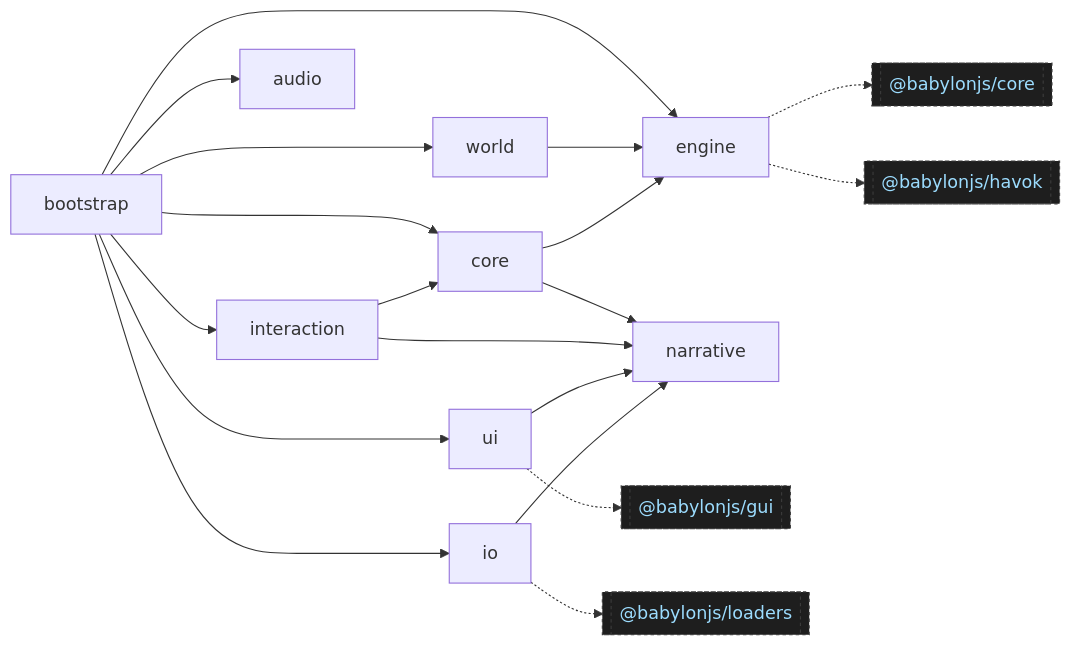
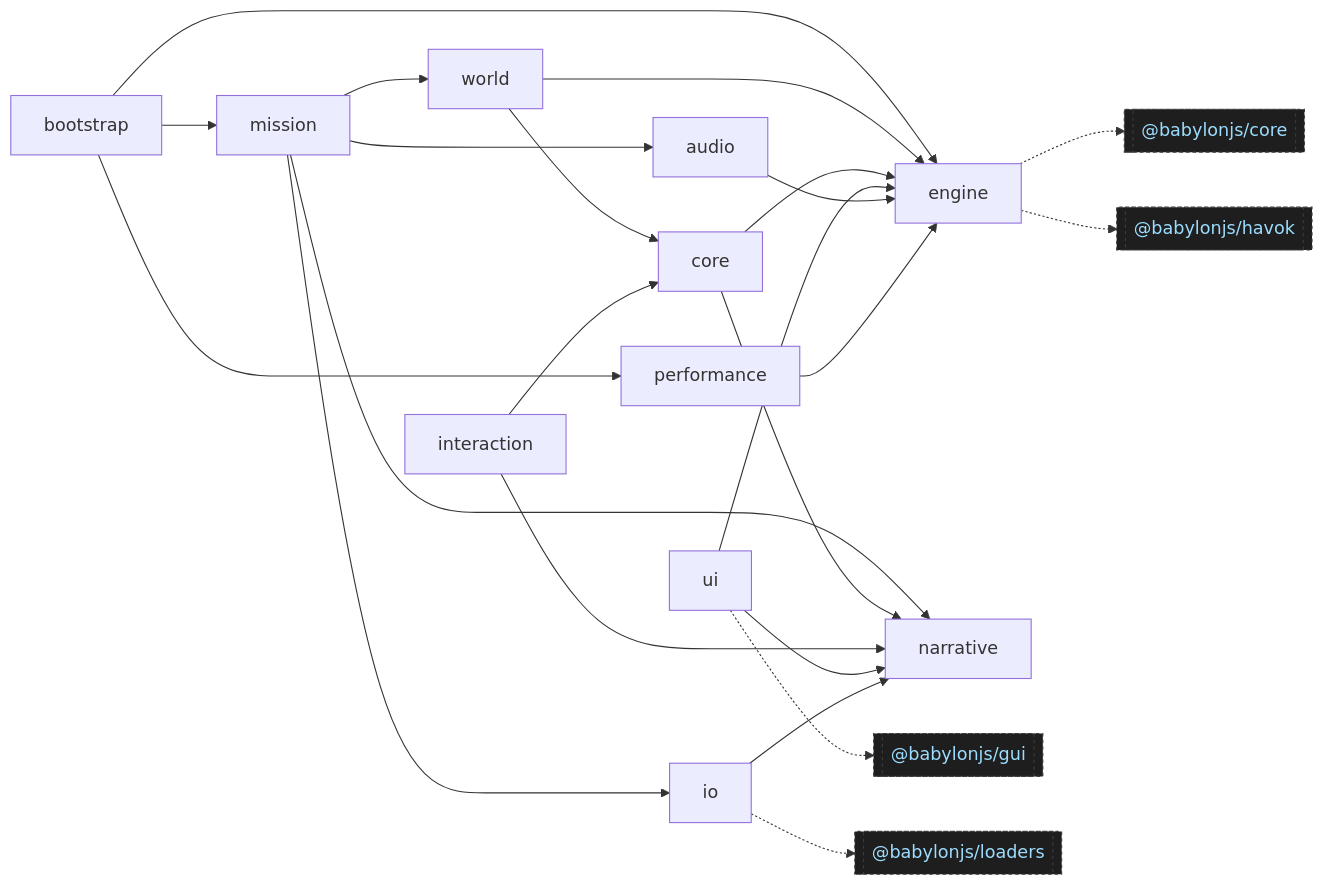
One commit to royceshannon2-blip/Witness-Interactive-3D changed the second of 6 diagrams in ARCHITECTURE.md. Above: the diagram before and after it, drawn with Mermaid. The commit also changed other lines of this file, not shown here.

First line of the commit message:
refactor: remove runtime AI dialogue synthesis, require pre-baked audio only

````diff
--- a/ARCHITECTURE.md
+++ b/ARCHITECTURE.md
@@ -61,26 +75,31 @@
 ```mermaid
 graph LR
   bootstrap --> engine
-  bootstrap --> world
-  bootstrap --> core
-  bootstrap --> interaction
-  bootstrap --> ui
-  bootstrap --> audio
-  bootstrap --> io
+  bootstrap --> performance
+  bootstrap --> mission
+
+  mission --> io
+  mission --> world
+  mission --> narrative
+  mission --> audio
 
   world --> engine
+  world --> core
   core --> engine
   core --> narrative
   interaction --> core
   interaction --> narrative
   ui --> narrative
+  ui --> engine
+  audio --> engine
   io --> narrative
+  performance --> engine
 
   engine -.-> BabylonCore[["@babylonjs/core"]]
   engine -.-> Havok[["@babylonjs/havok"]]
   ui -.-> BabylonGUI[["@babylonjs/gui"]]
   io -.-> BabylonLoaders[["@babylonjs/loaders"]]
 
   classDef pkg fill:#1e1e1e,color:#9cdcfe,stroke:#3c3c3c,stroke-dasharray:3 3
   class BabylonCore,Havok,BabylonGUI,BabylonLoaders pkg
 ```
````
